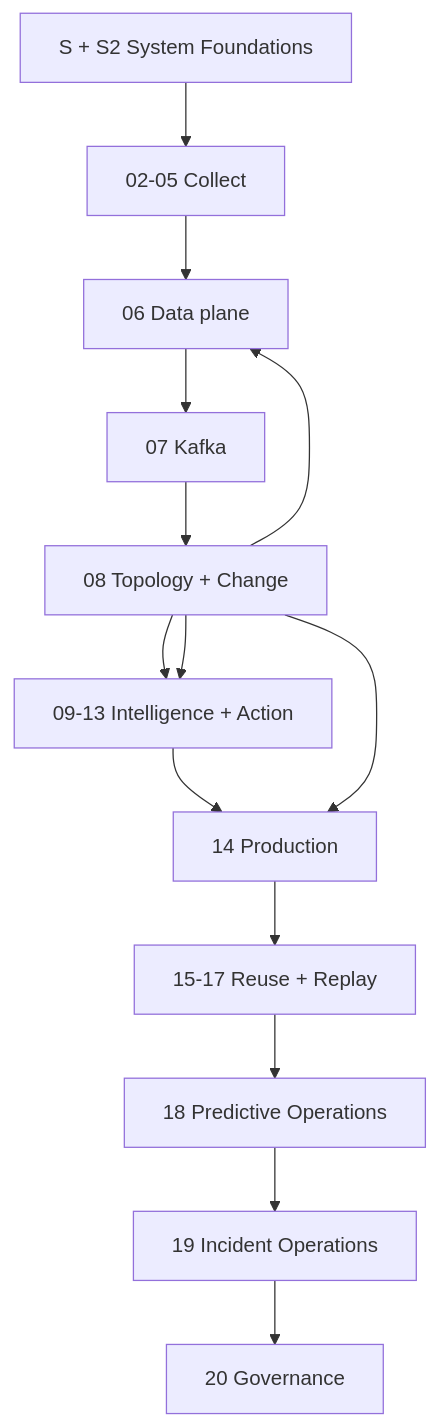
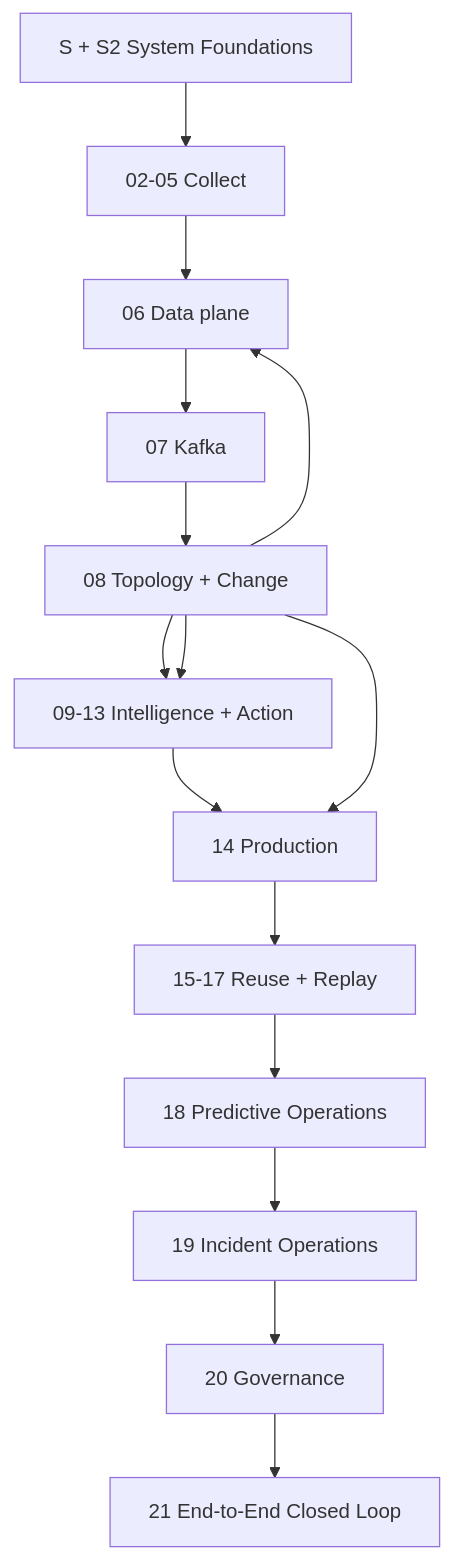
Before and after one commit to XUanhoa04/aiops-engineering-handbook: the diagram in docs/CURRICULUM.md, drawn with Mermaid. The commit also changed other lines of this file and 4 other files, not shown here.

````diff
--- a/docs/CURRICULUM.md
+++ b/docs/CURRICULUM.md
@@ -28,16 +29,17 @@
 ```mermaid
 graph TD
     SF[S + S2 System Foundations] --> C[02-05 Collect]
     C --> DP[06 Data plane]
     DP --> K[07 Kafka]
     K --> TC[08 Topology + Change]
     TC --> I[09-13 Intelligence + Action]
     I --> A[14 Production]
     A --> CS[15-17 Reuse + Replay]
     CS --> P[18 Predictive Operations]
     P --> O[19 Incident Operations]
     O --> G[20 Governance]
+    G --> E2E[21 End-to-End Closed Loop]
     TC --> DP
     TC --> I
     TC --> A
 ```
````
